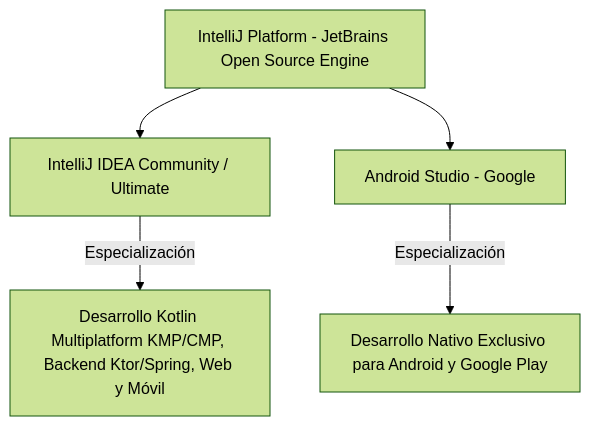
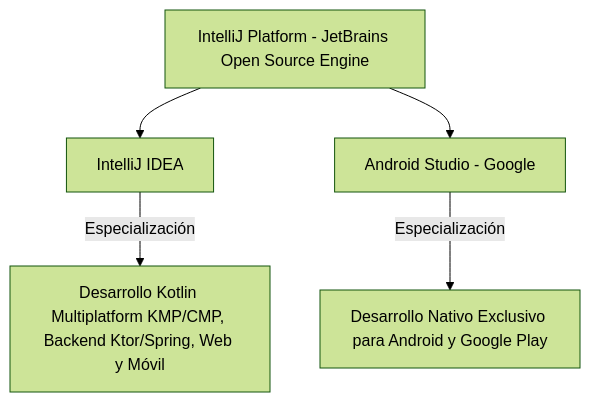
The first of 5 diagrams in docs/temas/00-android/00-ide-intellij/index.md (jssdocente/pmdm2627d), drawn with Mermaid (forest theme) before and after one commit. The commit also changed other lines of this file and 4 other files, not shown here.

````diff
--- a/docs/temas/00-android/00-ide-intellij/index.md
+++ b/docs/temas/00-android/00-ide-intellij/index.md
@@ -15,8 +15,8 @@
 ```mermaid
 graph TD
-    A[IntelliJ Platform - JetBrains Open Source Engine] --> B[IntelliJ IDEA Community / Ultimate]
+    A[IntelliJ Platform - JetBrains Open Source Engine] --> B[IntelliJ IDEA]
     A --> C[Android Studio - Google]
     
     B -->|Especialización| B1[Desarrollo Kotlin Multiplatform KMP/CMP, Backend Ktor/Spring, Web y Móvil]
     C -->|Especialización| C1[Desarrollo Nativo Exclusivo para Android y Google Play]
 ```
````
